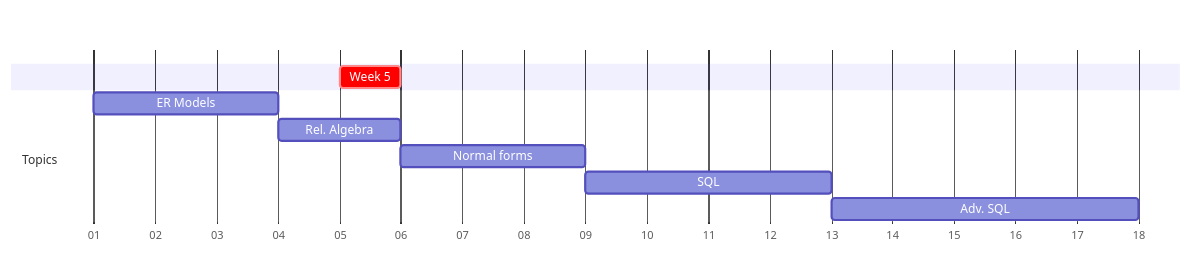
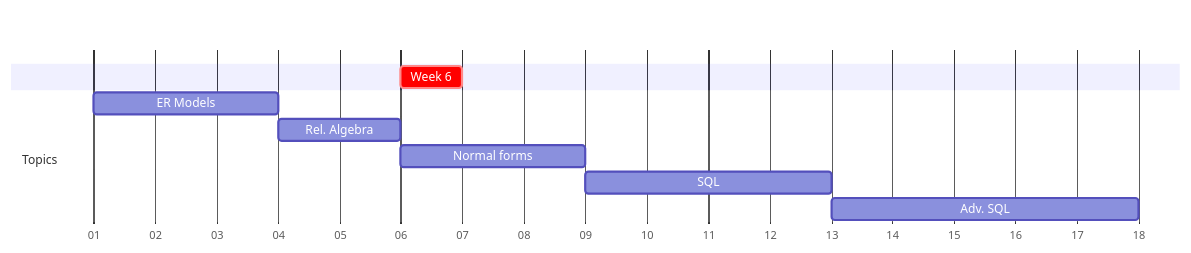
The diagram in fa2024/lectures/week-mermaid.mmd (lowkeylabs/cmsc408-course-admin), drawn with Mermaid before and after one commit. The commit also changed 12 other files, not shown here.

```diff
--- a/fa2024/lectures/week-mermaid.mmd
+++ b/fa2024/lectures/week-mermaid.mmd
@@ -1,14 +1,14 @@
 
 gantt
     dateFormat  M/DD/YYYY
     axisFormat  %W
 
     section    
-    Week 5 : crit, weekblock, 2/4/2024, 1w
+    Week 6 : crit, weekblock, 2/11/2024, 1w
 
     section Topics
     ER Models : m1, 1/7/2024, 3w
     Rel. Algebra: m4, after m1, 2w
     Normal forms: m5, after m4, 3w
     SQL : m6, after m5, 4w
     Adv. SQL: m7, after m6, 5w
```
